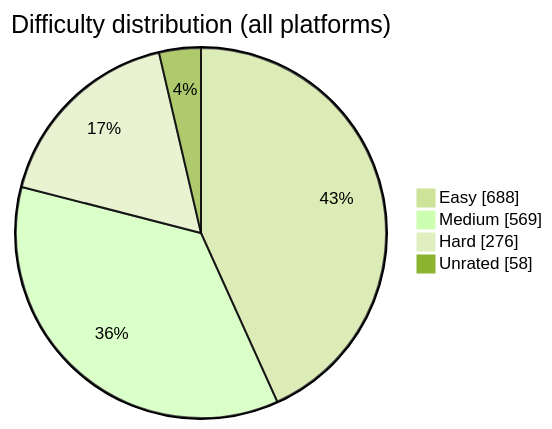
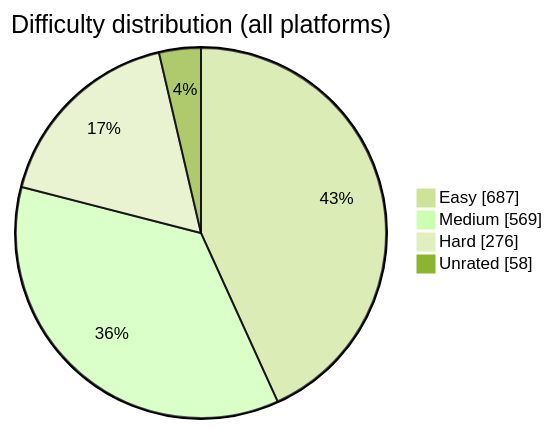
Before and after one commit to BuildbyArindam/Daily-Coding-Log: the diagram in README.md, drawn with Mermaid (forest theme). The commit also changed other lines of this file, not shown here.

````diff
--- a/README.md
+++ b/README.md
@@ -93,7 +93,7 @@
 ```mermaid
 pie showData title Difficulty distribution (all platforms)
-    "Easy" : 688
+    "Easy" : 687
     "Medium" : 569
     "Hard" : 276
     "Unrated" : 58
 ```
````
